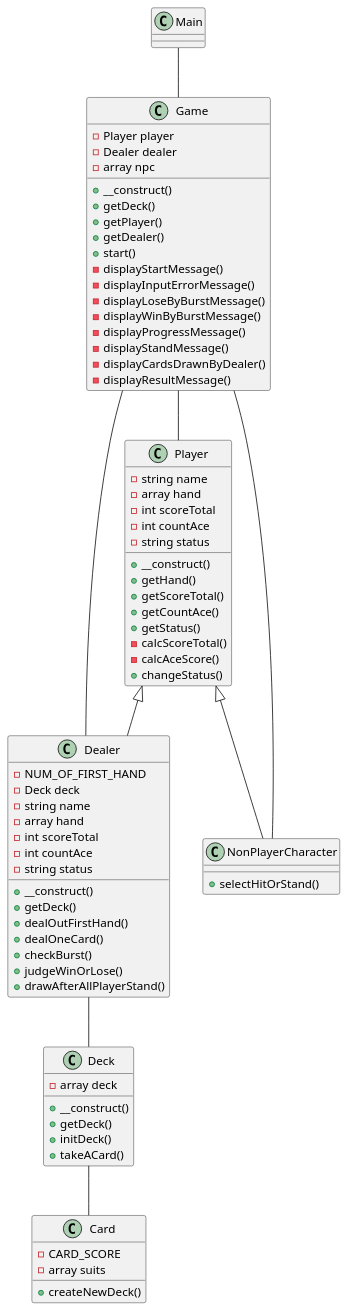
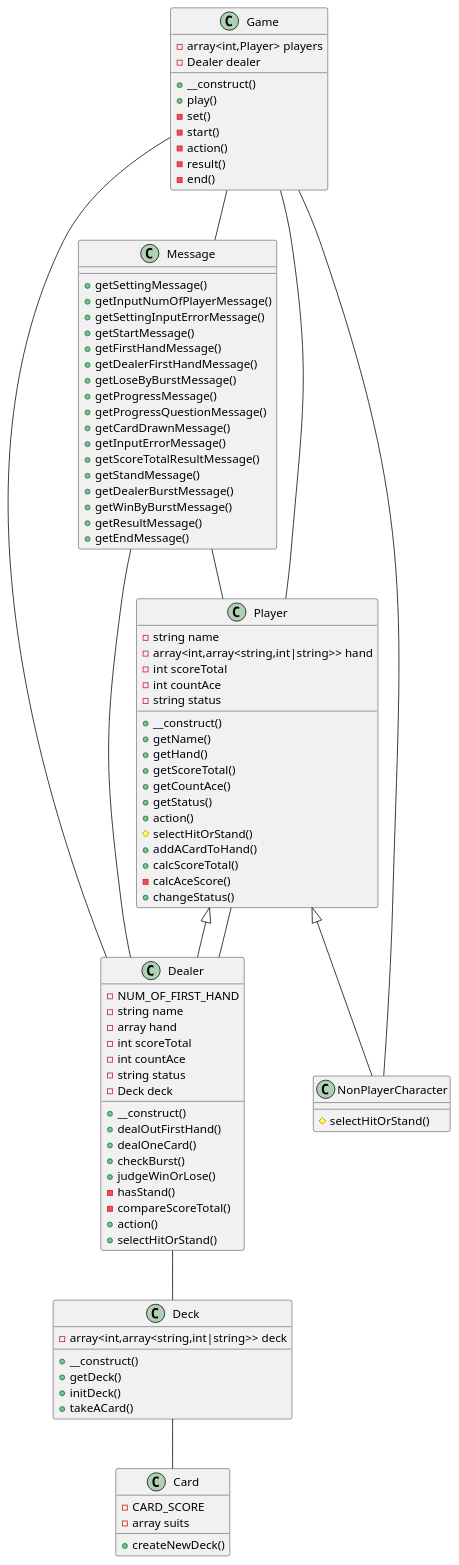
The diagram in src/docs/class.plantuml (ryamate/php-oop-cli-blackjack), drawn with PlantUML before and after one commit. The commit also changed 3 other files, not shown here.

Commit message:
クラス図、シーケンス図修正（現状のコードと合うように）

```diff
--- a/src/docs/class.plantuml
+++ b/src/docs/class.plantuml
@@ -1,87 +1,105 @@
 @startuml Blackjack
 
-class Main {
+class Game {
+  -array<int,Player> players
+  -Dealer dealer
+  +__construct()
+  +play()
+  -set()
+  -start()
+  -action()
+  -result()
+  -end()
 }
 
-class Game {
-  -Player player
-  -Dealer dealer
-  -array npc
-  +__construct()
-  +getDeck()
-  +getPlayer()
-  +getDealer()
-  +start()
-  -displayStartMessage()
-  -displayInputErrorMessage()
-  -displayLoseByBurstMessage()
-  -displayWinByBurstMessage()
-  -displayProgressMessage()
-  -displayStandMessage()
-  -displayCardsDrawnByDealer()
-  -displayResultMessage()
-
+class Message {
+  +getSettingMessage()
+  +getInputNumOfPlayerMessage()
+  +getSettingInputErrorMessage()
+  +getStartMessage()
+  +getFirstHandMessage()
+  +getDealerFirstHandMessage()
+  +getLoseByBurstMessage()
+  +getProgressMessage()
+  +getProgressQuestionMessage()
+  +getCardDrawnMessage()
+  +getInputErrorMessage()
+  +getScoreTotalResultMessage()
+  +getStandMessage()
+  +getDealerBurstMessage()
+  +getWinByBurstMessage()
+  +getResultMessage()
+  +getEndMessage()
 }
 
 class Player {
   -string name
-  -array hand
+  -array<int,array<string,int|string>> hand
   -int scoreTotal
   -int countAce
   -string status
   +__construct()
+  +getName()
   +getHand()
   +getScoreTotal()
   +getCountAce()
   +getStatus()
-  -calcScoreTotal()
+  +action()
+  #selectHitOrStand()
+  +addACardToHand()
+  +calcScoreTotal()
   -calcAceScore()
   +changeStatus()
 }
 
 class Dealer {
   -NUM_OF_FIRST_HAND
-  -Deck deck
   -string name
   -array hand
   -int scoreTotal
   -int countAce
   -string status
+  -Deck deck
   +__construct()
-  +getDeck()
   +dealOutFirstHand()
   +dealOneCard()
   +checkBurst()
   +judgeWinOrLose()
-  +drawAfterAllPlayerStand()
+  -hasStand()
+  -compareScoreTotal()
+  +action()
+  +selectHitOrStand()
 }
 
 class NonPlayerCharacter {
-  +selectHitOrStand()
+  #selectHitOrStand()
 }
 
 class Deck {
-  -array deck
+  -array<int,array<string,int|string>> deck
   +__construct()
   +getDeck()
   +initDeck()
   +takeACard()
 }
 
 class Card {
   -CARD_SCORE
   -array suits
   +createNewDeck()
 }
 
-Main -- Game
 Game -- Player
 Game -- NonPlayerCharacter
 Game -- Dealer
+Game -- Message
+Message -- Player
+Message -- Dealer
+Dealer -- Player
 Dealer -- Deck
 Deck -- Card
 
 Player <|-- Dealer
 Player <|-- NonPlayerCharacter
 
 @enduml
```
